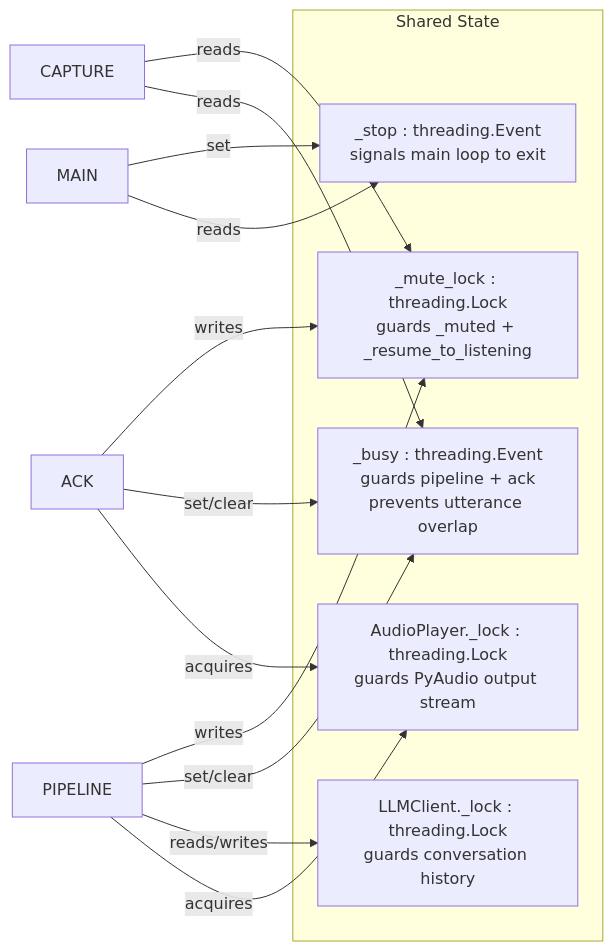
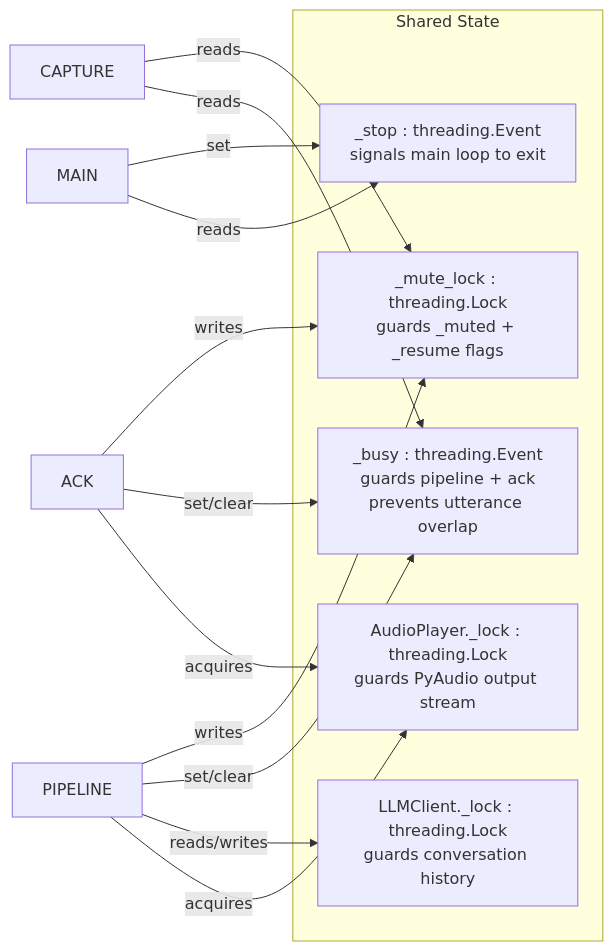
The second of 3 diagrams in docs/06_threading_model.md (armmarov/voice_assistant_app), drawn with Mermaid before and after one commit. The commit also changed other lines of this file and 5 other files, not shown here.

````diff
--- a/docs/06_threading_model.md
+++ b/docs/06_threading_model.md
@@ -52,22 +52,22 @@
 ```mermaid
 flowchart LR
     subgraph SHARED ["Shared State"]
         BUSY["_busy : threading.Event\nguards pipeline + ack\nprevents utterance overlap"]
         STOP["_stop : threading.Event\nsignals main loop to exit"]
-        MLOCK["_mute_lock : threading.Lock\nguards _muted + _resume_to_listening"]
+        MLOCK["_mute_lock : threading.Lock\nguards _muted + _resume flags"]
         HIST["LLMClient._lock : threading.Lock\nguards conversation history"]
         PLOCK["AudioPlayer._lock : threading.Lock\nguards PyAudio output stream"]
     end
 
     CAPTURE -->|reads| MLOCK
     ACK -->|writes| MLOCK
     PIPELINE -->|writes| MLOCK
     PIPELINE -->|set/clear| BUSY
     ACK -->|set/clear| BUSY
     CAPTURE -->|reads| BUSY
     PIPELINE -->|reads/writes| HIST
     PIPELINE -->|acquires| PLOCK
     ACK -->|acquires| PLOCK
     MAIN -->|set| STOP
     MAIN -->|reads| STOP
 ```
````
